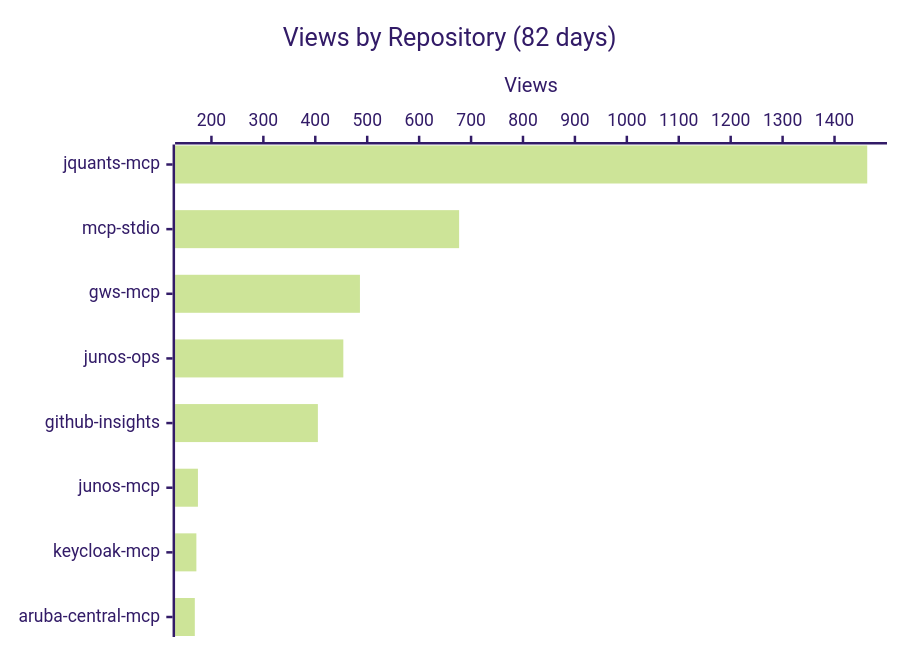
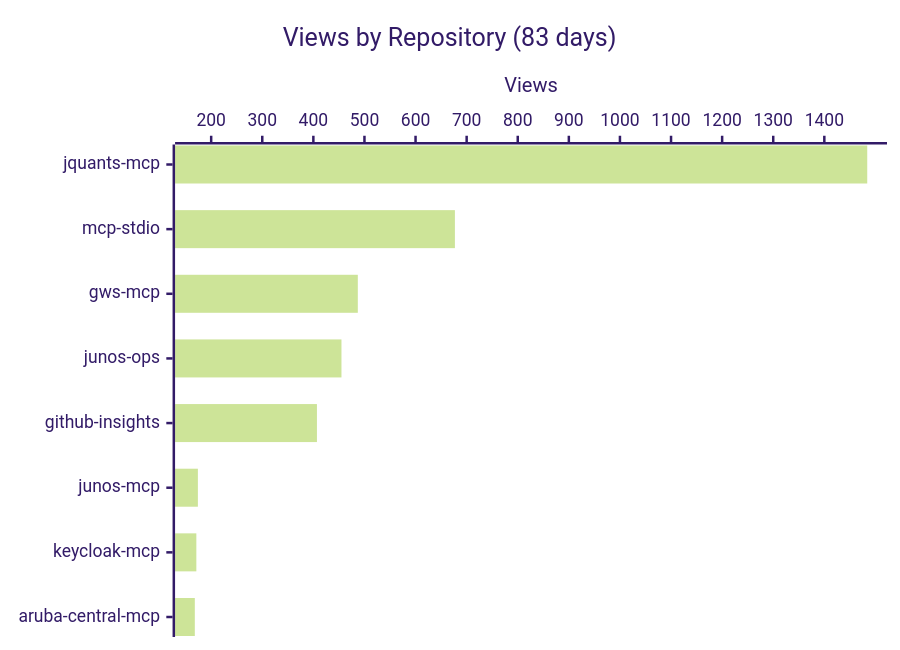
One commit to shigechika/github-insights changed the first of 3 diagrams in README.md. Above: the diagram before and after it, drawn with Mermaid (forest theme). The commit also changed other lines of this file and 2 other files, not shown here.

````diff
--- a/README.md
+++ b/README.md
@@ -18,7 +18,7 @@
 ```mermaid
 xychart-beta horizontal
-    title "Views by Repository (82 days)"
+    title "Views by Repository (83 days)"
     x-axis ["jquants-mcp", "mcp-stdio", "gws-mcp", "junos-ops", "github-insights", "junos-mcp", "keycloak-mcp", "aruba-central-mcp"]
     y-axis "Views"
-    bar [1463, 677, 486, 454, 405, 174, 171, 168]
+    bar [1484, 677, 487, 455, 407, 174, 171, 168]
 ```
````
